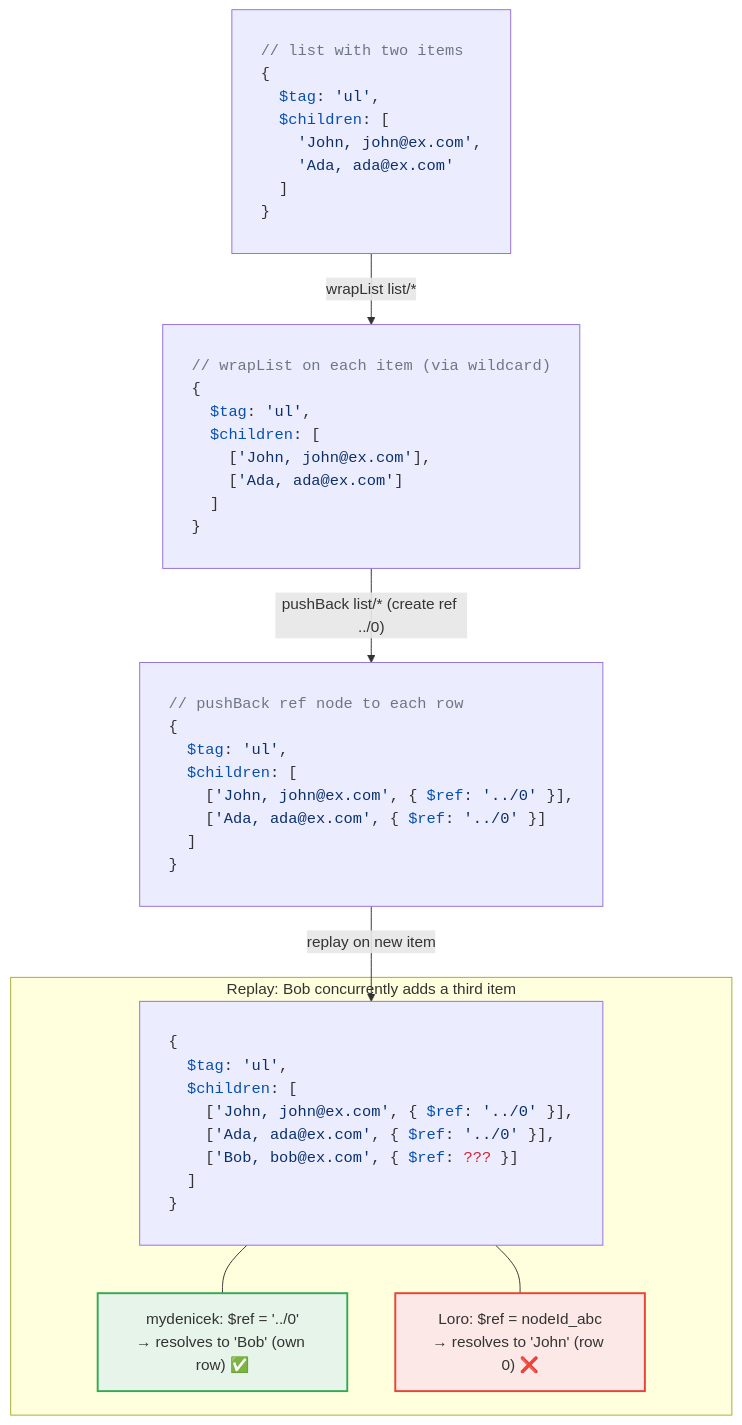
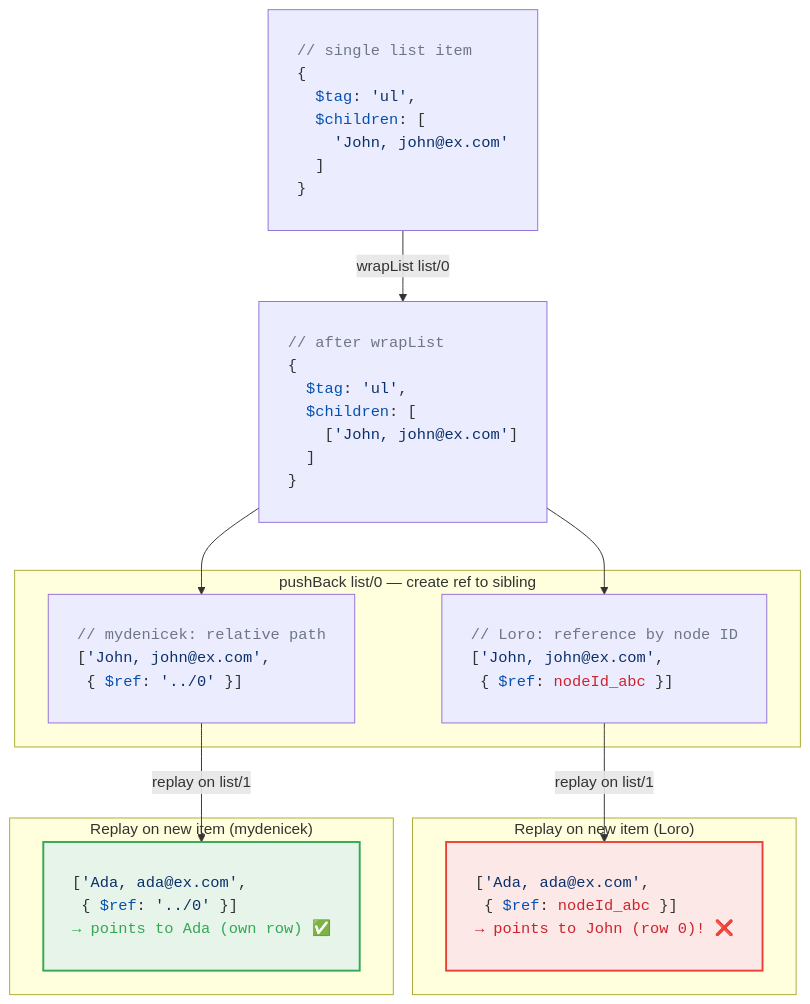
Before and after one commit to krsion/master-thesis: the diagram in img/retargeting.mmd, drawn with Mermaid. The commit also changed 1 other file, not shown here.

Commit message:
Retargeting diagram: early divergence showing Loro vs mydenicek refs
Single item → wrapList → pushBack ref diverges into two paths:
Loro stores nodeId_abc, mydenicek stores ../0. On replay to new
item, Loro still points to John (row 0), mydenicek resolves to Ada.

```diff
--- a/img/retargeting.mmd
+++ b/img/retargeting.mmd
@@ -1,59 +1,60 @@
 %%{init: {'themeVariables': {'fontFamily': 'monospace'}}}%%
 graph TB
     S1["<pre style='text-align:left'>
-<span style='color:#6e7781'>// list with two items</span>
+<span style='color:#6e7781'>// single list item</span>
 {
   <span style='color:#0550ae'>$tag</span>: <span style='color:#0a3069'>'ul'</span>,
   <span style='color:#0550ae'>$children</span>: [
-    <span style='color:#0a3069'>'John, john@ex.com'</span>,
-    <span style='color:#0a3069'>'Ada, ada@ex.com'</span>
+    <span style='color:#0a3069'>'John, john@ex.com'</span>
   ]
 }
 </pre>"]
     S2["<pre style='text-align:left'>
-<span style='color:#6e7781'>// wrapList on each item (via wildcard)</span>
+<span style='color:#6e7781'>// after wrapList</span>
 {
   <span style='color:#0550ae'>$tag</span>: <span style='color:#0a3069'>'ul'</span>,
   <span style='color:#0550ae'>$children</span>: [
-    [<span style='color:#0a3069'>'John, john@ex.com'</span>],
-    [<span style='color:#0a3069'>'Ada, ada@ex.com'</span>]
-  ]
-}
-</pre>"]
-    S3["<pre style='text-align:left'>
-<span style='color:#6e7781'>// pushBack ref node to each row</span>
-{
-  <span style='color:#0550ae'>$tag</span>: <span style='color:#0a3069'>'ul'</span>,
-  <span style='color:#0550ae'>$children</span>: [
-    [<span style='color:#0a3069'>'John, john@ex.com'</span>, { <span style='color:#0550ae'>$ref</span>: <span style='color:#0a3069'>'../0'</span> }],
-    [<span style='color:#0a3069'>'Ada, ada@ex.com'</span>, { <span style='color:#0550ae'>$ref</span>: <span style='color:#0a3069'>'../0'</span> }]
+    [<span style='color:#0a3069'>'John, john@ex.com'</span>]
   ]
 }
 </pre>"]
 
-    S1 -- "wrapList list/*" --> S2
-    S2 -- "pushBack list/* (create ref ../0)" --> S3
+    S1 -- "wrapList list/0" --> S2
 
-    subgraph replay["Replay: Bob concurrently adds a third item"]
-        S4["<pre style='text-align:left'>
-{
-  <span style='color:#0550ae'>$tag</span>: <span style='color:#0a3069'>'ul'</span>,
-  <span style='color:#0550ae'>$children</span>: [
-    [<span style='color:#0a3069'>'John, john@ex.com'</span>, { <span style='color:#0550ae'>$ref</span>: <span style='color:#0a3069'>'../0'</span> }],
-    [<span style='color:#0a3069'>'Ada, ada@ex.com'</span>, { <span style='color:#0550ae'>$ref</span>: <span style='color:#0a3069'>'../0'</span> }],
-    [<span style='color:#0a3069'>'Bob, bob@ex.com'</span>, { <span style='color:#0550ae'>$ref</span>: <span style='color:#cf222e'>???</span> }]
-  ]
-}
+    subgraph diverge["pushBack list/0 — create ref to sibling"]
+        LORO["<pre style='text-align:left'>
+<span style='color:#6e7781'>// Loro: reference by node ID</span>
+[<span style='color:#0a3069'>'John, john@ex.com'</span>,
+ { <span style='color:#0550ae'>$ref</span>: <span style='color:#cf222e'>nodeId_abc</span> }]
 </pre>"]
-        OK["mydenicek: $ref = '../0'
-→ resolves to 'Bob' (own row) ✅"]
-        BAD["Loro: $ref = nodeId_abc
-→ resolves to 'John' (row 0) ❌"]
+        CUSTOM["<pre style='text-align:left'>
+<span style='color:#6e7781'>// mydenicek: relative path</span>
+[<span style='color:#0a3069'>'John, john@ex.com'</span>,
+ { <span style='color:#0550ae'>$ref</span>: <span style='color:#0a3069'>'../0'</span> }]
+</pre>"]
     end
 
-    S3 -- "replay on new item" --> S4
-    S4 --- OK
-    S4 --- BAD
+    S2 --> LORO
+    S2 --> CUSTOM
 
-    style OK fill:#e6f4ea,stroke:#34a853,stroke-width:2px
-    style BAD fill:#fce8e6,stroke:#ea4335,stroke-width:2px
+    subgraph replayLoro["Replay on new item (Loro)"]
+        RL["<pre style='text-align:left'>
+[<span style='color:#0a3069'>'Ada, ada@ex.com'</span>,
+ { <span style='color:#0550ae'>$ref</span>: <span style='color:#cf222e'>nodeId_abc</span> }]
+<span style='color:#cf222e'>→ points to John (row 0)! ❌</span>
+</pre>"]
+    end
+
+    subgraph replayCustom["Replay on new item (mydenicek)"]
+        RC["<pre style='text-align:left'>
+[<span style='color:#0a3069'>'Ada, ada@ex.com'</span>,
+ { <span style='color:#0550ae'>$ref</span>: <span style='color:#0a3069'>'../0'</span> }]
+<span style='color:#34a853'>→ points to Ada (own row) ✅</span>
+</pre>"]
+    end
+
+    LORO -- "replay on list/1" --> RL
+    CUSTOM -- "replay on list/1" --> RC
+
+    style RL fill:#fce8e6,stroke:#ea4335,stroke-width:2px
+    style RC fill:#e6f4ea,stroke:#34a853,stroke-width:2px
```
